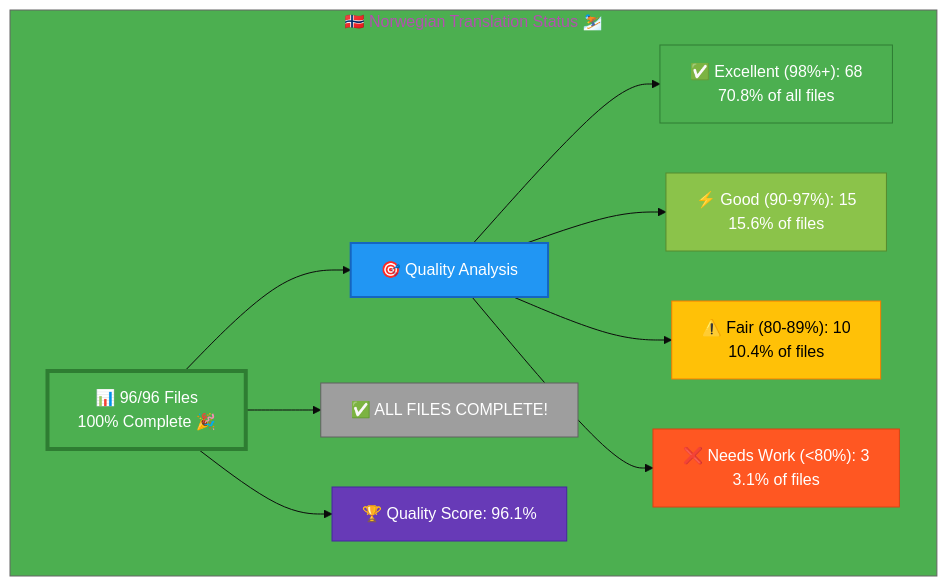
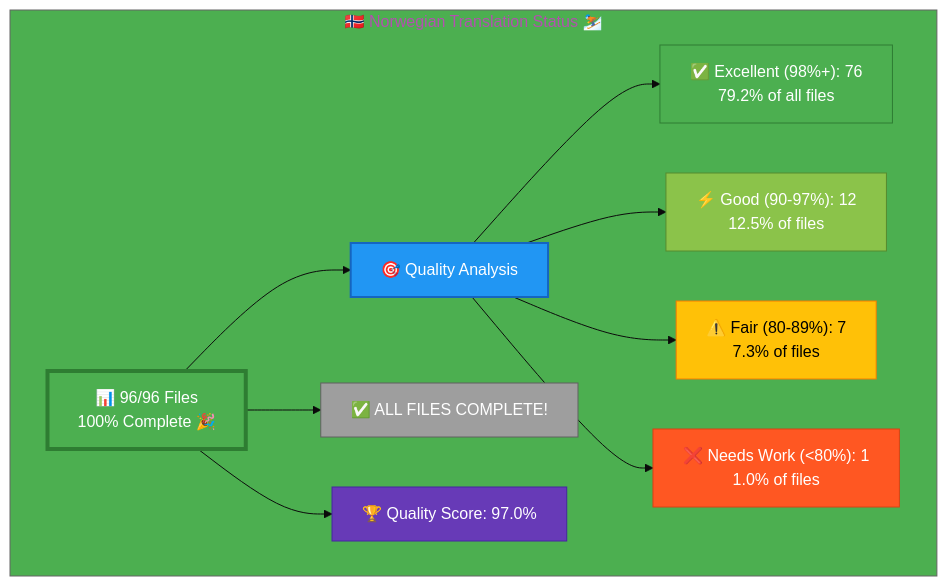
Before and after one commit to Hack23/homepage: the diagram in Norwegian-Translation-Status.md, drawn with Mermaid. The commit also changed other lines of this file and 16 other files, not shown here.

````diff
--- a/Norwegian-Translation-Status.md
+++ b/Norwegian-Translation-Status.md
@@ -12,26 +12,26 @@
 ```mermaid
 %%{init: {'theme':'base', 'themeVariables': {'primaryColor':'#4CAF50','secondaryColor':'#2196F3','tertiaryColor':'#4CAF50','fontSize':'16px'}}}%%
 graph TB
     subgraph "🇳🇴 Norwegian Translation Status ⛷️"
         A["📊 96/96 Files<br/>100% Complete 🎉 "]
         
         A --> B["🎯 Quality Analysis"]
-        B --> C["✅ Excellent (98%+): 68<br/>70.8% of all files"]
-        B --> D["⚡ Good (90-97%): 15<br/>15.6% of files"]
-        B --> E["⚠️  Fair (80-89%): 10<br/>10.4% of files"]
-        B --> F["❌ Needs Work (<80%): 3<br/>3.1% of files"]
+        B --> C["✅ Excellent (98%+): 76<br/>79.2% of all files"]
+        B --> D["⚡ Good (90-97%): 12<br/>12.5% of files"]
+        B --> E["⚠️  Fair (80-89%): 7<br/>7.3% of files"]
+        B --> F["❌ Needs Work (<80%): 1<br/>1.0% of files"]
         
         A --> G["✅ ALL FILES COMPLETE!"]
         
-        A --> H["🏆 Quality Score: 96.1%"]
+        A --> H["🏆 Quality Score: 97.0%"]
         
         style A fill:#4CAF50,stroke:#2E7D32,color:#fff,stroke-width:4px
         style B fill:#2196F3,stroke:#1565C0,color:#fff,stroke-width:2px
         style C fill:#4CAF50,stroke:#2E7D32,color:#fff
         style D fill:#8BC34A,stroke:#558B2F,color:#fff
         style E fill:#FFC107,stroke:#F57C00,color:#000
         style F fill:#FF5722,stroke:#D84315,color:#fff
         style G fill:#9E9E9E,stroke:#616161,color:#fff
         style H fill:#673AB7,stroke:#4527A0,color:#fff
     end
 ```
````
